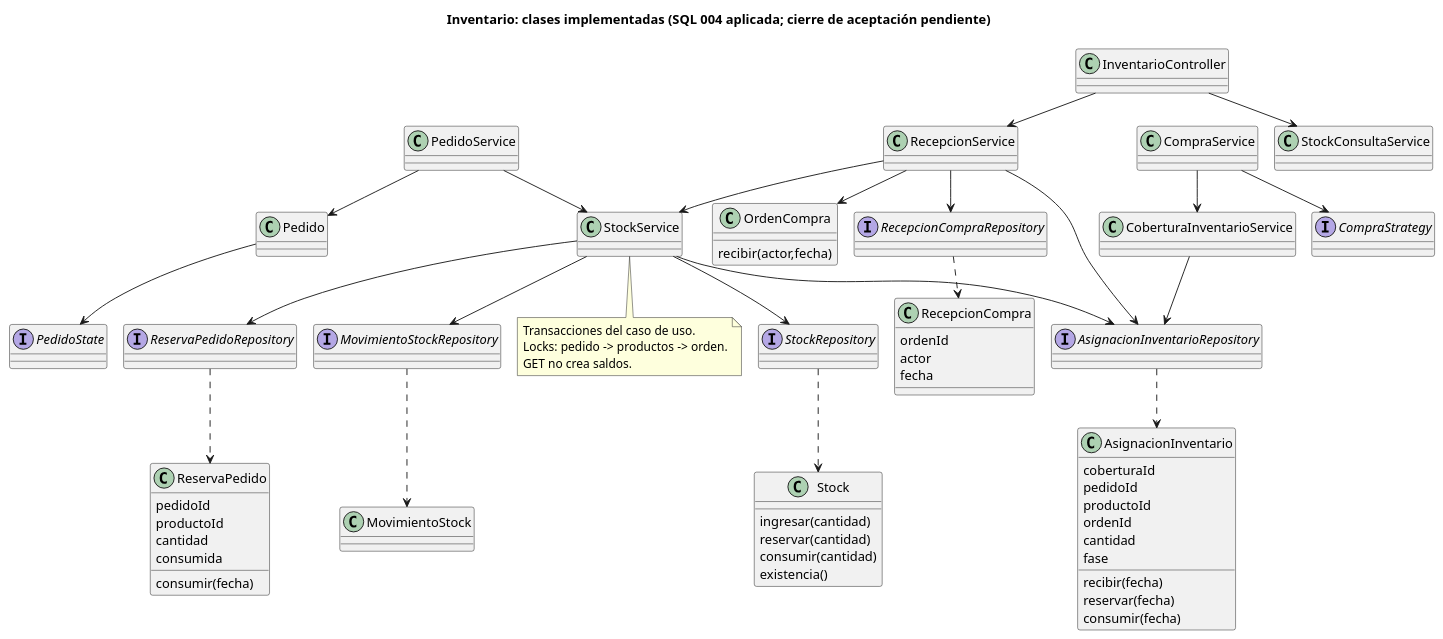
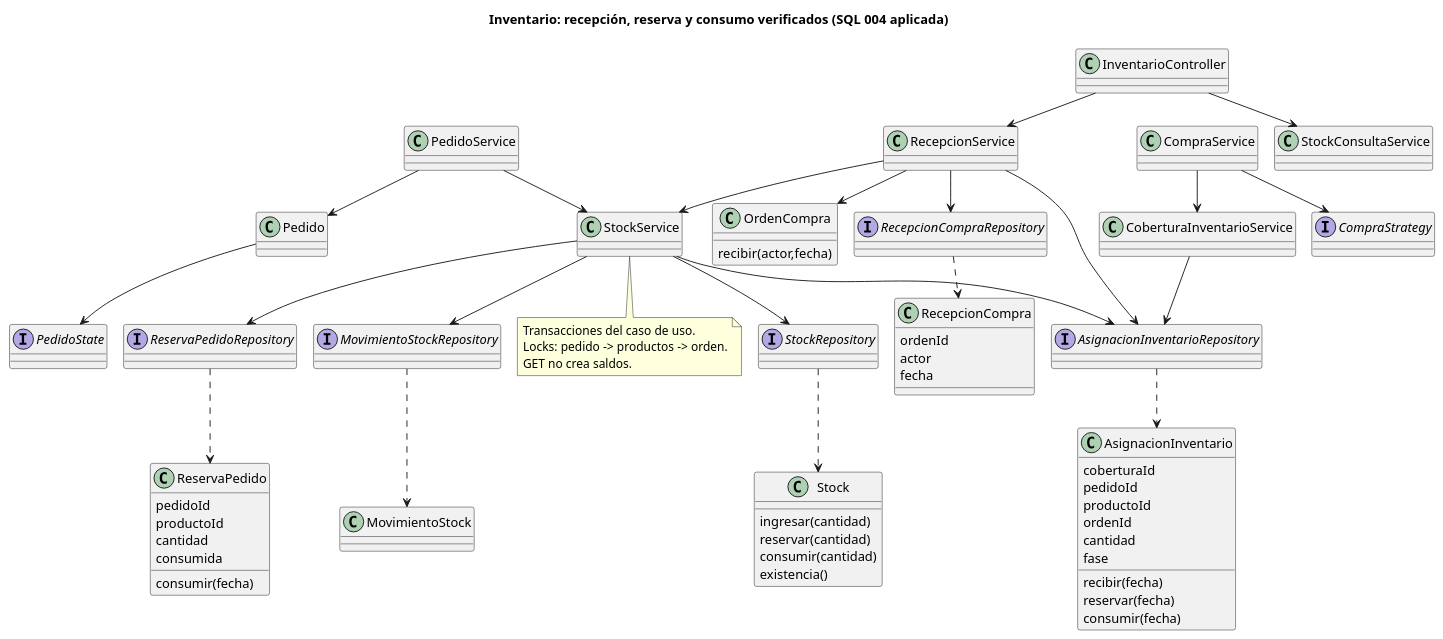
The diagram in docs/diagramas/inventario-recepcion.puml (mcirielli/Proyecto-Comunitarias), drawn with PlantUML before and after one commit. The commit also changed 8 other files, not shown here.

```diff
--- a/docs/diagramas/inventario-recepcion.puml
+++ b/docs/diagramas/inventario-recepcion.puml
@@ -1,79 +1,79 @@
 @startuml
 !pragma layout smetana
-title Inventario: clases implementadas (SQL 004 aplicada; cierre de aceptación pendiente)
+title Inventario: recepción, reserva y consumo verificados (SQL 004 aplicada)
 skinparam classAttributeIconSize 0
 class PedidoService
 class Pedido
 interface PedidoState
 class StockService
 class RecepcionService
 class CoberturaInventarioService
 class StockConsultaService
 class CompraService
 interface CompraStrategy
 class InventarioController
 class Stock {
  ingresar(cantidad)
  reservar(cantidad)
  consumir(cantidad)
  existencia()
 }
 class ReservaPedido {
  pedidoId
  productoId
  cantidad
  consumida
  consumir(fecha)
 }
 class AsignacionInventario {
  coberturaId
  pedidoId
  productoId
  ordenId
  cantidad
  fase
  recibir(fecha)
  reservar(fecha)
  consumir(fecha)
 }
 class MovimientoStock
 class OrdenCompra {
  recibir(actor,fecha)
 }
 class RecepcionCompra {
  ordenId
  actor
  fecha
 }
 interface StockRepository
 interface ReservaPedidoRepository
 interface AsignacionInventarioRepository
 interface MovimientoStockRepository
 interface RecepcionCompraRepository
 InventarioController --> StockConsultaService
 InventarioController --> RecepcionService
 PedidoService --> Pedido
 Pedido --> PedidoState
 PedidoService --> StockService
 CompraService --> CompraStrategy
 CompraService --> CoberturaInventarioService
 StockService --> StockRepository
 StockService --> ReservaPedidoRepository
 StockService --> MovimientoStockRepository
 StockService --> AsignacionInventarioRepository
 RecepcionService --> StockService
 RecepcionService --> OrdenCompra
 RecepcionService --> RecepcionCompraRepository
 RecepcionService --> AsignacionInventarioRepository
 CoberturaInventarioService --> AsignacionInventarioRepository
 StockRepository ..> Stock
 ReservaPedidoRepository ..> ReservaPedido
 AsignacionInventarioRepository ..> AsignacionInventario
 MovimientoStockRepository ..> MovimientoStock
 RecepcionCompraRepository ..> RecepcionCompra
 note bottom of StockService
  Transacciones del caso de uso.
  Locks: pedido -> productos -> orden.
  GET no crea saldos.
 end note
 @enduml
```
